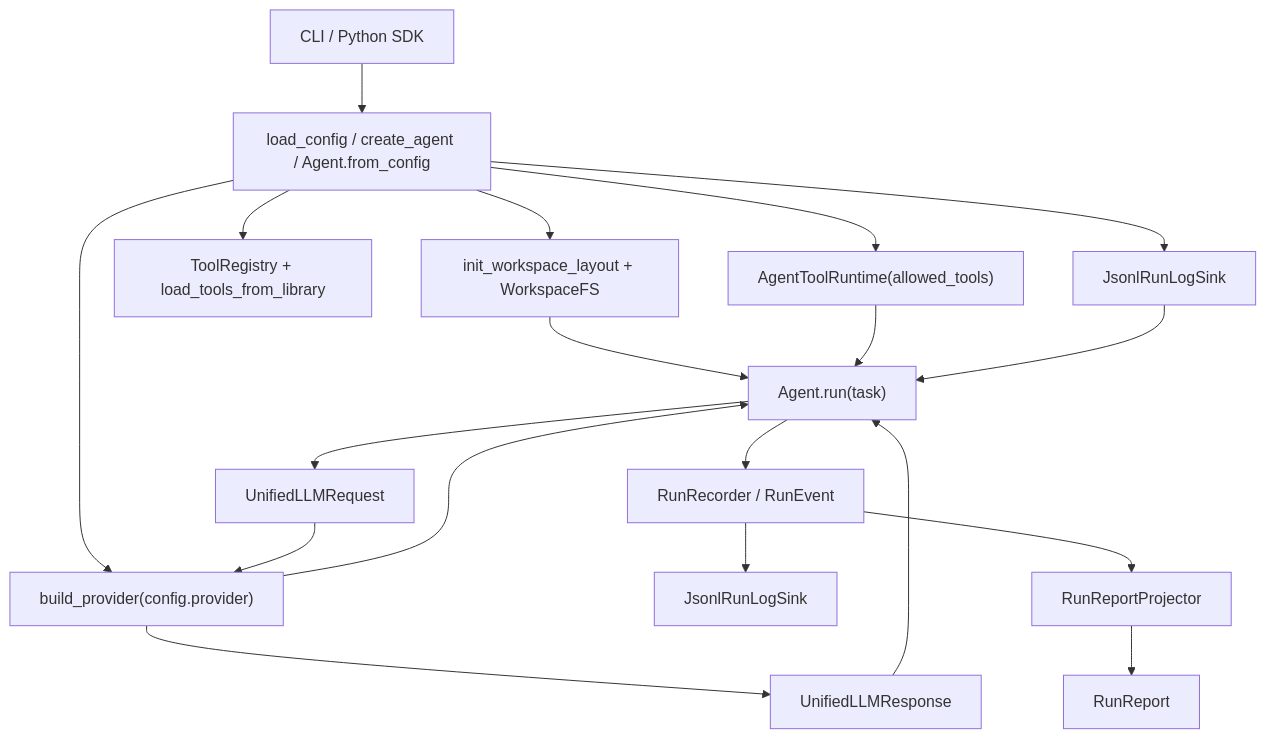
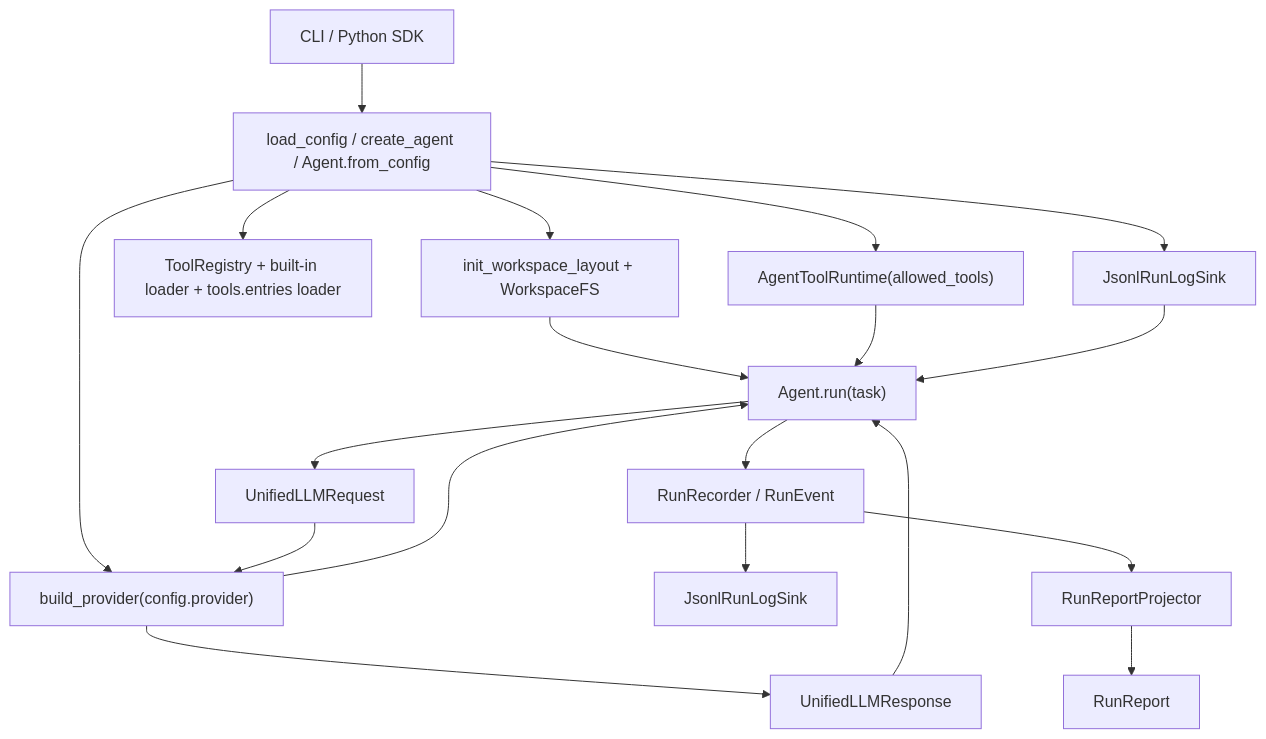
Before and after one commit to Inkjourney/agentkit: the diagram in docs/agentkit/concepts/architecture.md, drawn with Mermaid. The commit also changed other lines of this file and 19 other files, not shown here.

````diff
--- a/docs/agentkit/concepts/architecture.md
+++ b/docs/agentkit/concepts/architecture.md
@@ -23,21 +23,21 @@
 ```mermaid
 graph TD
     CLI["CLI / Python SDK"] --> Loader["load_config / create_agent / Agent.from_config"]
     Loader --> WS["init_workspace_layout + WorkspaceFS"]
     Loader --> Provider["build_provider(config.provider)"]
-    Loader --> Registry["ToolRegistry + load_tools_from_library"]
+    Loader --> Registry["ToolRegistry + built-in loader + tools.entries loader"]
     Loader --> Runtime["AgentToolRuntime(allowed_tools)"]
     Loader --> Sink["JsonlRunLogSink"]
     WS --> Agent["Agent.run(task)"]
     Provider --> Agent
     Runtime --> Agent
     Sink --> Agent
     Agent --> Request["UnifiedLLMRequest"]
     Request --> Provider
     Provider --> Response["UnifiedLLMResponse"]
     Response --> Agent
     Agent --> Events["RunRecorder / RunEvent"]
     Events --> Jsonl["JsonlRunLogSink"]
     Events --> Projector["RunReportProjector"]
     Projector --> Report["RunReport"]
 ```
````
